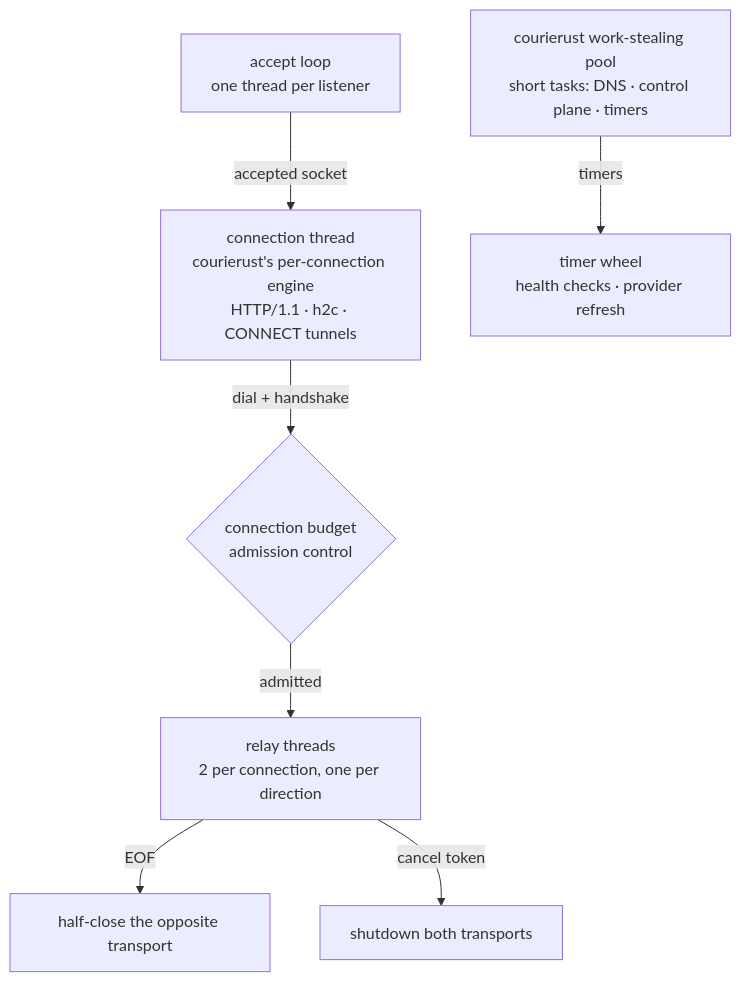
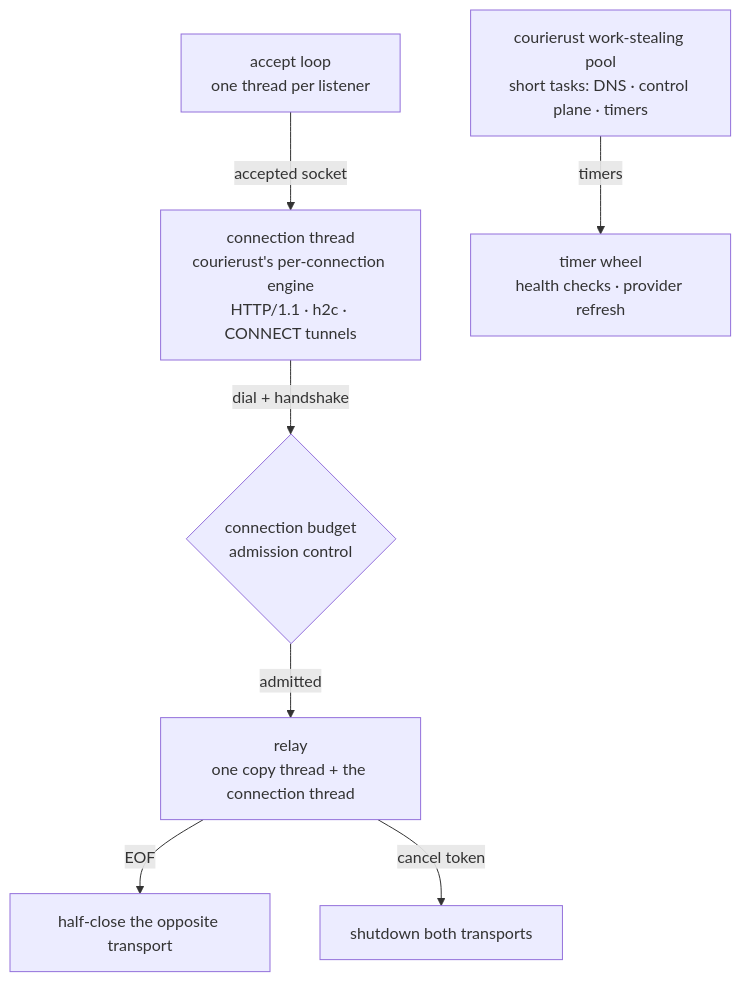
One commit to blueokanna/Corduit changed the second of 3 diagrams in README.md. Above: the diagram before and after it, drawn with Mermaid. The commit also changed other lines of this file and 16 other files, not shown here.

First line of the commit message:
Cut each relay to one spawned thread, shrink thread stacks, and drop dead session and pool code

````diff
--- a/README.md
+++ b/README.md
@@ -121,9 +121,9 @@
 ```mermaid
 flowchart TB
     L["accept loop<br/>one thread per listener"] -->|accepted socket| S["connection thread<br/>courierust's per-connection engine<br/>HTTP/1.1 · h2c · CONNECT tunnels"]
     S -->|dial + handshake| G{"connection budget<br/>admission control"}
-    G -->|admitted| R["relay threads<br/>2 per connection, one per direction"]
+    G -->|admitted| R["relay<br/>one copy thread + the connection thread"]
     R -->|EOF| HC["half-close the opposite transport"]
     R -->|cancel token| SD["shutdown both transports"]
     P["courierust work-stealing pool<br/>short tasks: DNS · control plane · timers"] -->|timers| T["timer wheel<br/>health checks · provider refresh"]
 ```
````
